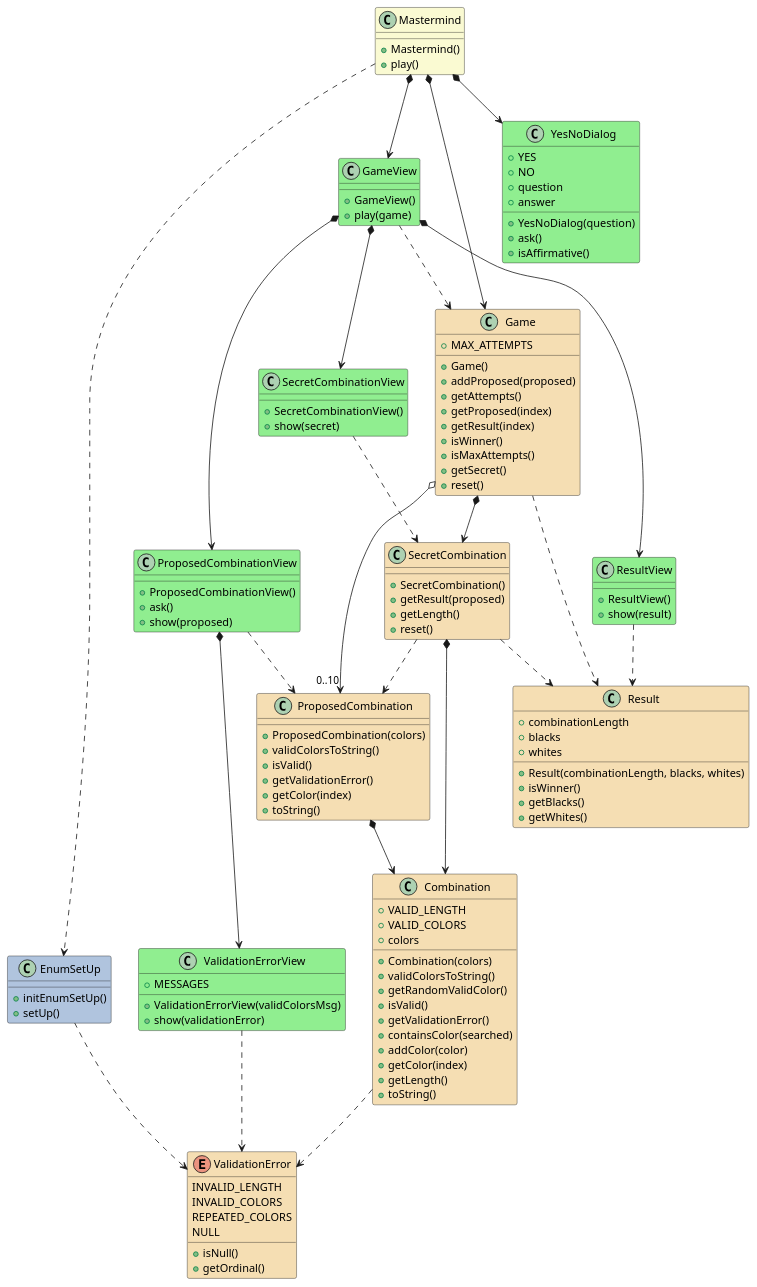
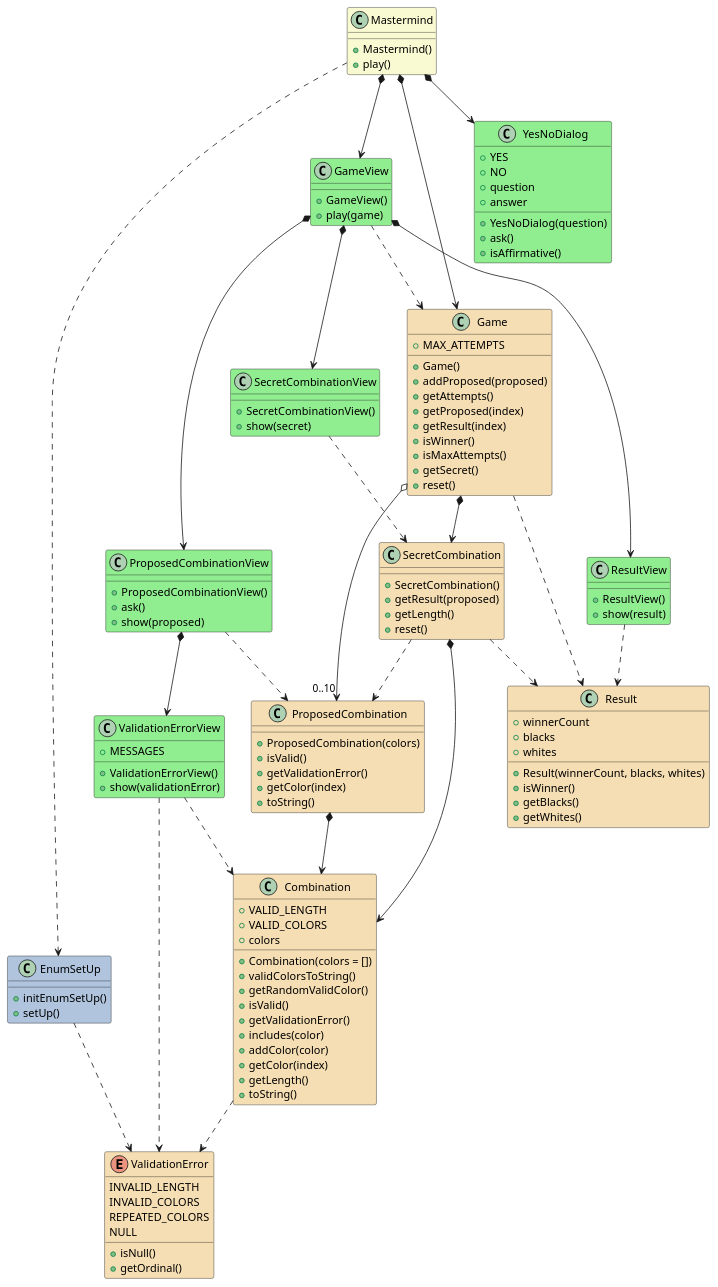
One commit to PabloMartinFluvia/myGame-mastermind changed the diagram in docs/dev-resume/analysis.plantuml. Above: the diagram before and after it, drawn with PlantUML. The commit also changed 4 other files, not shown here.

```diff
--- a/docs/dev-resume/analysis.plantuml
+++ b/docs/dev-resume/analysis.plantuml
@@ -1,152 +1,152 @@
 @startuml analysis
 
 class Mastermind #LightGoldenRodYellow {  
 
     + Mastermind()
     + play()    
 }
 Mastermind *--> GameView
 Mastermind *--> YesNoDialog
 Mastermind *--> Game
 Mastermind ..> EnumSetUp
 
 class GameView #LightGreen {
 
     + GameView()
     + play(game)
 }
 GameView *--> SecretCombinationView
 GameView *--> ProposedCombinationView
 GameView *--> ResultView
 GameView ..> Game
 
 
 class SecretCombinationView #LightGreen {
     
     + SecretCombinationView()
     + show(secret)
 }
 SecretCombinationView ..> SecretCombination
 
 class ProposedCombinationView #LightGreen {
     
     + ProposedCombinationView()
     + ask()
     + show(proposed)
 }
 ProposedCombinationView *--> ValidationErrorView
 ProposedCombinationView ..> ProposedCombination
 
 class ValidationErrorView #LightGreen {
 
     + MESSAGES
     
-    + ValidationErrorView(validColorsMsg)
+    + ValidationErrorView()
     + show(validationError)
 }
 ValidationErrorView ..> ValidationError
+ValidationErrorView ..> Combination
 
 class ResultView #LightGreen {
     
     + ResultView()
     + show(result)
 }
 ResultView ..> Result
 
 class Game #Wheat{
     + MAX_ATTEMPTS
 
     + Game()
     + addProposed(proposed)
     + getAttempts()    
     + getProposed(index)
     + getResult(index)
     + isWinner()
     + isMaxAttempts()    
     + getSecret()    
     + reset()    
 }
 Game *--> SecretCombination
 Game o--> "0..10" ProposedCombination
 Game .down.> Result
 
 class SecretCombination #Wheat{
     
     + SecretCombination()    
     + getResult(proposed)
     + getLength()     
     + reset()
 
 }
 SecretCombination *-down-> Combination
 SecretCombination .down.> ProposedCombination
 SecretCombination .down.> Result
 
 class Combination #Wheat{
     + VALID_LENGTH
     + VALID_COLORS    
     + colors
 
-    + Combination(colors)
+    + Combination(colors = [])
     + validColorsToString()
     + getRandomValidColor()
     + isValid()    
     + getValidationError()
-    + containsColor(searched)    
+    + includes(color)    
     + addColor(color)          
     + getColor(index)
     + getLength()      
     + toString()
 }
 Combination .down.> ValidationError
 
 enum ValidationError #Wheat{    
     INVALID_LENGTH
     INVALID_COLORS
     REPEATED_COLORS
     NULL
 
     + isNull()
     + getOrdinal()
 }
 
 class ProposedCombination #Wheat{
 
-    + ProposedCombination(colors)  
-    + validColorsToString() 
+    + ProposedCombination(colors)
     + isValid()         
     + getValidationError()
     + getColor(index)   
     + toString()   
 }
 ProposedCombination *-down-> Combination 
 
 class Result #Wheat{
-    + combinationLength
+    + winnerCount
     + blacks
     + whites
 
-    + Result(combinationLength, blacks, whites)
+    + Result(winnerCount, blacks, whites)
     + isWinner()
     + getBlacks()    
     + getWhites()    
 }
 
 class YesNoDialog #LightGreen {
     + YES
     + NO
     + question
     + answer    
 
     + YesNoDialog(question)
     + ask()
     + isAffirmative()
 }
 
 class EnumSetUp #LightSteelBlue {
     + initEnumSetUp()
     + setUp()
 }
 EnumSetUp ..> ValidationError
 
 @enduml
```
